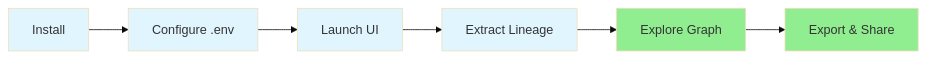
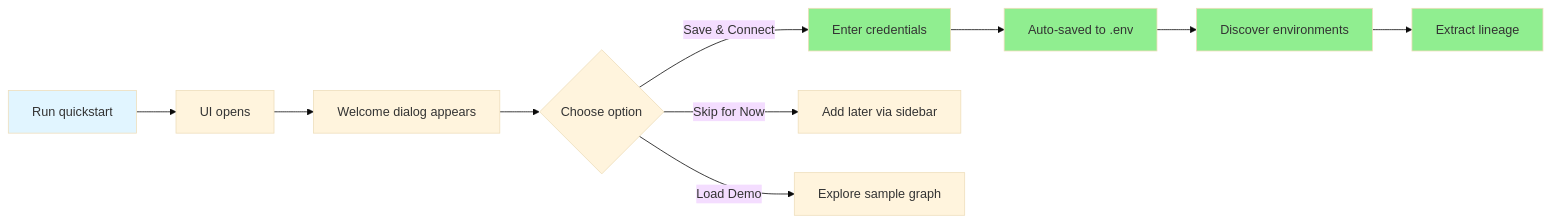
One commit to takabayashi/lineage-bridge changed the diagram in docs/getting-started/quickstart.md. Above: the diagram before and after it, drawn with Mermaid (base theme). The commit also changed other lines of this file and 3 other files, not shown here.

````diff
--- a/docs/getting-started/quickstart.md
+++ b/docs/getting-started/quickstart.md
@@ -48,15 +46,18 @@
 ```mermaid
 graph LR
-    A[Install] --> B[Configure .env]
-    B --> C[Launch UI]
-    C --> D[Extract Lineage]
-    D --> E[Explore Graph]
-    E --> F[Export & Share]
+    A[Run quickstart] --> B[UI opens]
+    B --> C[Welcome dialog appears]
+    C --> D{Choose option}
+    D -->|Save & Connect| E[Enter credentials]
+    D -->|Skip for Now| F[Add later via sidebar]
+    D -->|Load Demo| G[Explore sample graph]
+    E --> H[Auto-saved to .env]
+    H --> I[Discover environments]
+    I --> J[Extract lineage]
     
     style A fill:#e1f5ff
-    style B fill:#e1f5ff
-    style C fill:#e1f5ff
-    style D fill:#e1f5ff
     style E fill:#90ee90
-    style F fill:#90ee90
+    style H fill:#90ee90
+    style I fill:#90ee90
+    style J fill:#90ee90
 ```
````
